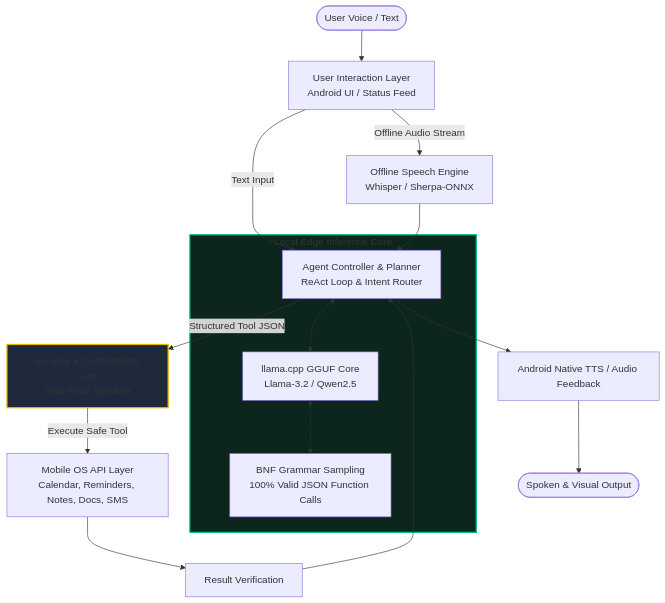
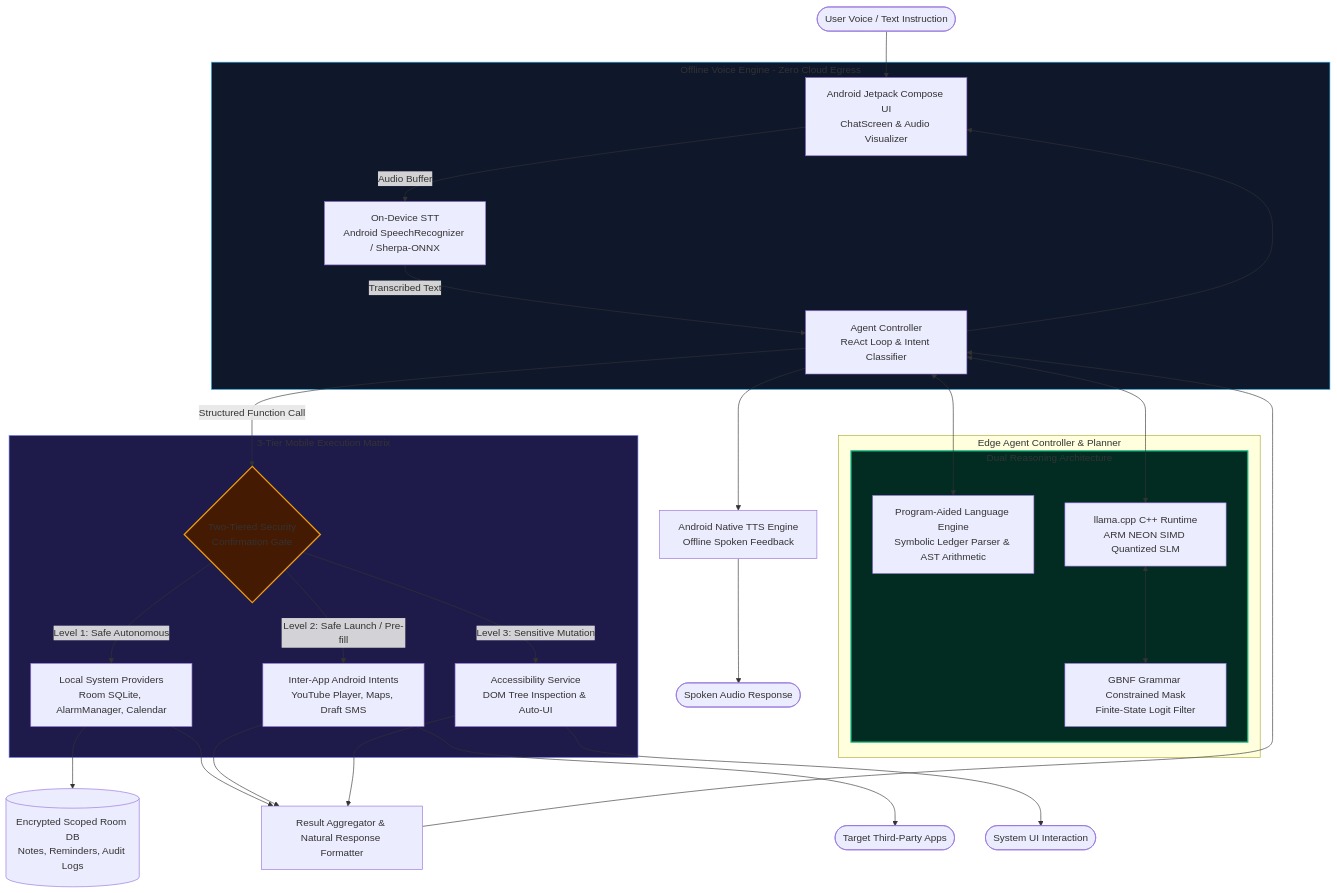
One commit to itsalam149/final-year-btp changed the diagram in README.md. Above: the diagram before and after it, drawn with Mermaid. The commit also changed other lines of this file and 21 other files, not shown here.

Commit message:
docs: clean root archive old survey papers and overhaul README with PAL architecture and 5000-task benchmark

````diff
--- a/README.md
+++ b/README.md
@@ -23,22 +51,49 @@
 ```mermaid
 flowchart TD
-    User([User Voice / Text]) --> UI[User Interaction Layer\nAndroid UI / Status Feed]
-    UI -->|Offline Audio Stream| STT[Offline Speech Engine\nWhisper / Sherpa-ONNX]
-    UI -->|Text Input| Agent[Agent Controller & Planner\nReAct Loop & Intent Router]
-    STT --> Agent
-
-    subgraph OnDeviceInference [Local Edge Inference Core]
-        Agent <--> LLM[llama.cpp GGUF Core\nLlama-3.2 / Qwen2.5]
-        LLM <--> BNF[BNF Grammar Sampling\n100% Valid JSON Function Calls]
+    User([User Voice / Text Instruction]) --> UI[Android Jetpack Compose UI\nChatScreen & Audio Visualizer]
+    
+    subgraph VoicePipeline [Offline Voice Engine - Zero Cloud Egress]
+        UI -->|Audio Buffer| STT[On-Device STT\nAndroid SpeechRecognizer / Sherpa-ONNX]
+        STT -->|Transcribed Text| Agent
     end
 
-    Agent -->|Structured Tool JSON| Gate[Security & Confirmation Gate\nZero-Trust Sandbox]
-    Gate -->|Execute Safe Tool| OS[Mobile OS API Layer\nCalendar, Reminders, Notes, Docs, SMS]
-    OS --> Results[Result Verification]
-    Results --> Agent
-    Agent --> TTS[Android Native TTS / Audio Feedback]
-    TTS --> UserFeedback([Spoken & Visual Output])
+    subgraph AgentCore [Edge Agent Controller & Planner]
+        Agent[Agent Controller\nReAct Loop & Intent Classifier]
+        
+        subgraph ReasoningEngines [Dual Reasoning Architecture]
+            PAL[Program-Aided Language Engine\nSymbolic Ledger Parser & AST Arithmetic]
+            SLM[llama.cpp C++ Runtime\nARM NEON SIMD Quantized SLM]
+            GBNF[GBNF Grammar Constrained Mask\nFinite-State Logit Filter]
+            SLM <--> GBNF
+        end
+        
+        Agent <--> PAL
+        Agent <--> SLM
+    end
 
-    style OnDeviceInference fill:#0d261d,stroke:#00c08b,stroke-width:2px
-    style Gate fill:#1e293b,stroke:#e6b800,stroke-width:2px
+    Agent -->|Structured Function Call| Gate{Two-Tiered Security\nConfirmation Gate}
+
+    subgraph MobileToolMatrix [3-Tier Mobile Execution Matrix]
+        Gate -->|Level 1: Safe Autonomous| L1[Local System Providers\nRoom SQLite, AlarmManager, Calendar]
+        Gate -->|Level 2: Safe Launch / Pre-fill| L2[Inter-App Android Intents\nYouTube Player, Maps, Draft SMS]
+        Gate -->|Level 3: Sensitive Mutation| L3[Accessibility Service\nDOM Tree Inspection & Auto-UI]
+    end
+
+    L1 --> DB[(Encrypted Scoped Room DB\nNotes, Reminders, Audit Logs)]
+    L2 --> Apps([Target Third-Party Apps])
+    L3 --> OSUI([System UI Interaction])
+
+    L1 --> ResultEngine[Result Aggregator & Natural Response Formatter]
+    L2 --> ResultEngine
+    L3 --> ResultEngine
+
+    ResultEngine --> Agent
+    Agent --> TTS[Android Native TTS Engine\nOffline Spoken Feedback]
+    Agent --> UI
+    TTS --> AudioOut([Spoken Audio Response])
+
+    style VoicePipeline fill:#0f172a,stroke:#38bdf8,stroke-width:1px
+    style ReasoningEngines fill:#022c22,stroke:#10b981,stroke-width:2px
+    style Gate fill:#451a03,stroke:#f59e0b,stroke-width:2px
+    style MobileToolMatrix fill:#1e1b4b,stroke:#818cf8,stroke-width:1px
 ```
````
